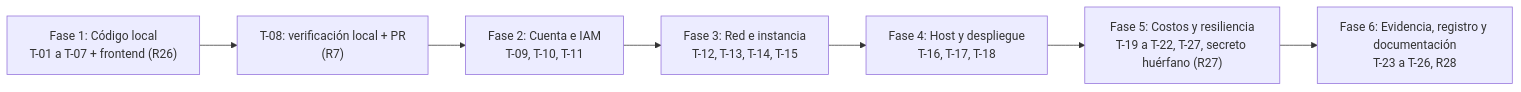
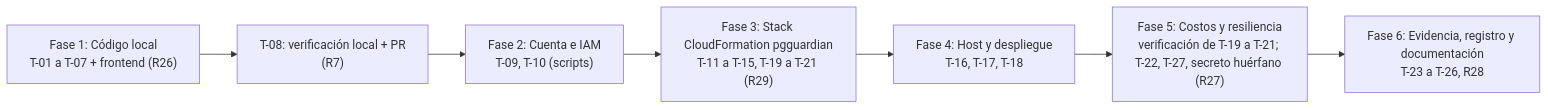
One commit to luiselodeon/PgGuardian-Online changed the second of 3 diagrams in .kiro/specs/aws-deployment-e2/design.md. Above: the diagram before and after it, drawn with Mermaid. The commit also changed other lines of this file and 2 other files, not shown here.

First line of the commit message:
docs(spec): CloudFormation, encendido a criterio del Equipo y evaluación por video

````diff
--- a/.kiro/specs/aws-deployment-e2/design.md
+++ b/.kiro/specs/aws-deployment-e2/design.md
@@ -85,9 +89,9 @@
 ```mermaid
 flowchart LR
     F1["Fase 1: Código local<br/>T-01 a T-07 + frontend (R26)"] --> V["T-08: verificación local + PR<br/>(R7)"]
-    V --> F2["Fase 2: Cuenta e IAM<br/>T-09, T-10, T-11"]
-    F2 --> F3["Fase 3: Red e instancia<br/>T-12, T-13, T-14, T-15"]
+    V --> F2["Fase 2: Cuenta e IAM<br/>T-09, T-10 (scripts)"]
+    F2 --> F3["Fase 3: Stack CloudFormation pgguardian<br/>T-11 a T-15, T-19 a T-21 (R29)"]
     F3 --> F4["Fase 4: Host y despliegue<br/>T-16, T-17, T-18"]
-    F4 --> F5["Fase 5: Costos y resiliencia<br/>T-19 a T-22, T-27, secreto huérfano (R27)"]
+    F4 --> F5["Fase 5: Costos y resiliencia<br/>verificación de T-19 a T-21; T-22, T-27, secreto huérfano (R27)"]
     F5 --> F6["Fase 6: Evidencia, registro y documentación<br/>T-23 a T-26, R28"]
 ```
````
